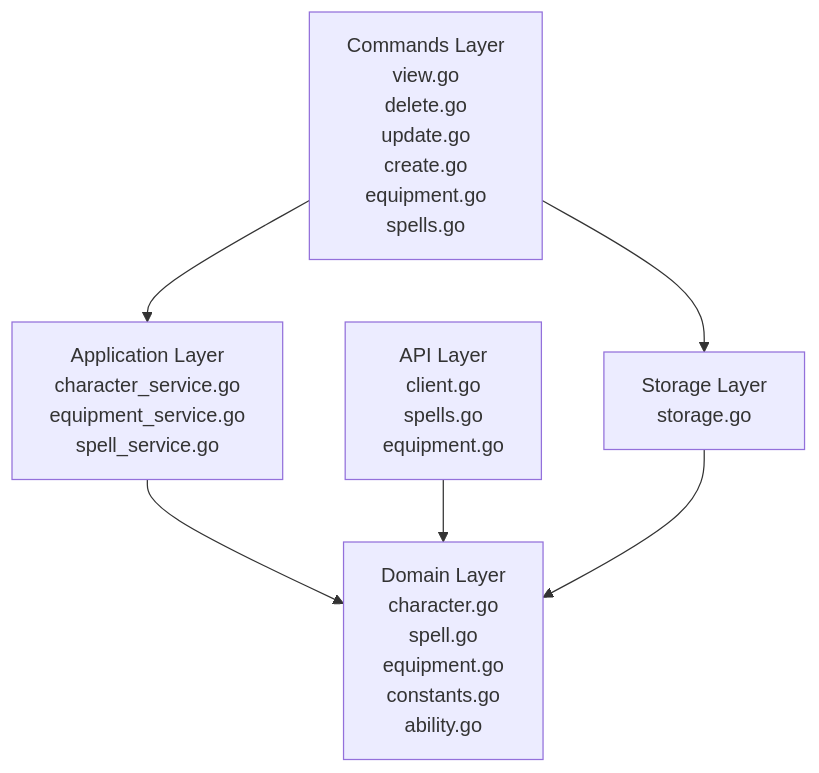
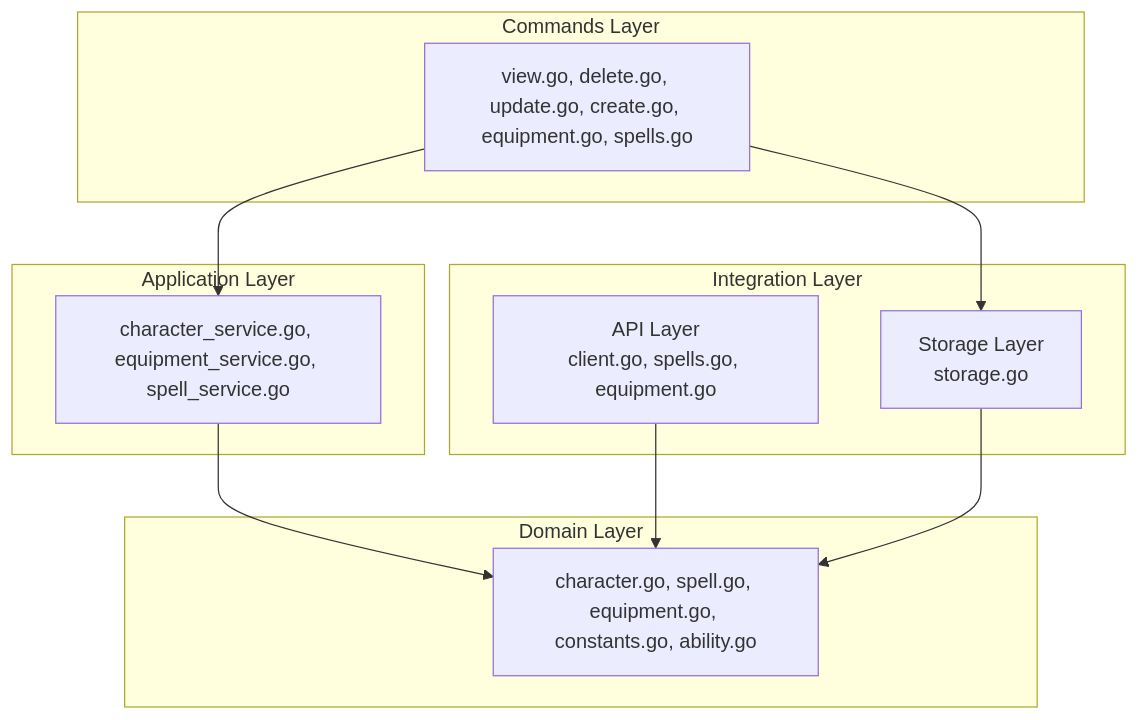
The diagram in exam_report.md (JuliaPieters/DnD-character-sheet-generator), drawn with Mermaid before and after one commit. The commit also changed other lines of this file and 7 other files, not shown here.

````diff
--- a/exam_report.md
+++ b/exam_report.md
@@ -50,26 +52,32 @@
 ```mermaid
 graph TD
 
-%% CLI commands
-A[Commands Layer<br>view.go<br>delete.go<br>update.go<br>create.go<br>equipment.go<br>spells.go]
+%% Binnenste laag: Domain
+subgraph Domain [Domain Layer]
+    C[character.go, spell.go, equipment.go, constants.go, ability.go]
+end
 
-%% Application services
-B[Application Layer<br>character_service.go<br>equipment_service.go<br>spell_service.go]
+%% Tweede laag: Application
+subgraph Application [Application Layer]
+    B[character_service.go, equipment_service.go, spell_service.go]
+end
 
-%% Domain entities
-C[Domain Layer<br>character.go<br>spell.go<br>equipment.go<br>constants.go<br>ability.go]
+%% Derde laag: Integration
+subgraph Integration [Integration Layer]
+    D[API Layer<br>client.go, spells.go, equipment.go]
+    E[Storage Layer<br>storage.go]
+end
 
-%% API integration
-D[API Layer<br>client.go<br>spells.go<br>equipment.go]
+%% Buitenste laag: CLI
+subgraph CLI [Commands Layer]
+    A[view.go, delete.go, update.go, create.go, equipment.go, spells.go]
+end
 
-%% Storage
-E[Storage Layer<br>storage.go]
-
-%% Relations
+%% Dependencies
 A --> B
 A --> E
 B --> C
 D --> C
 E --> C
 
 ```
````
